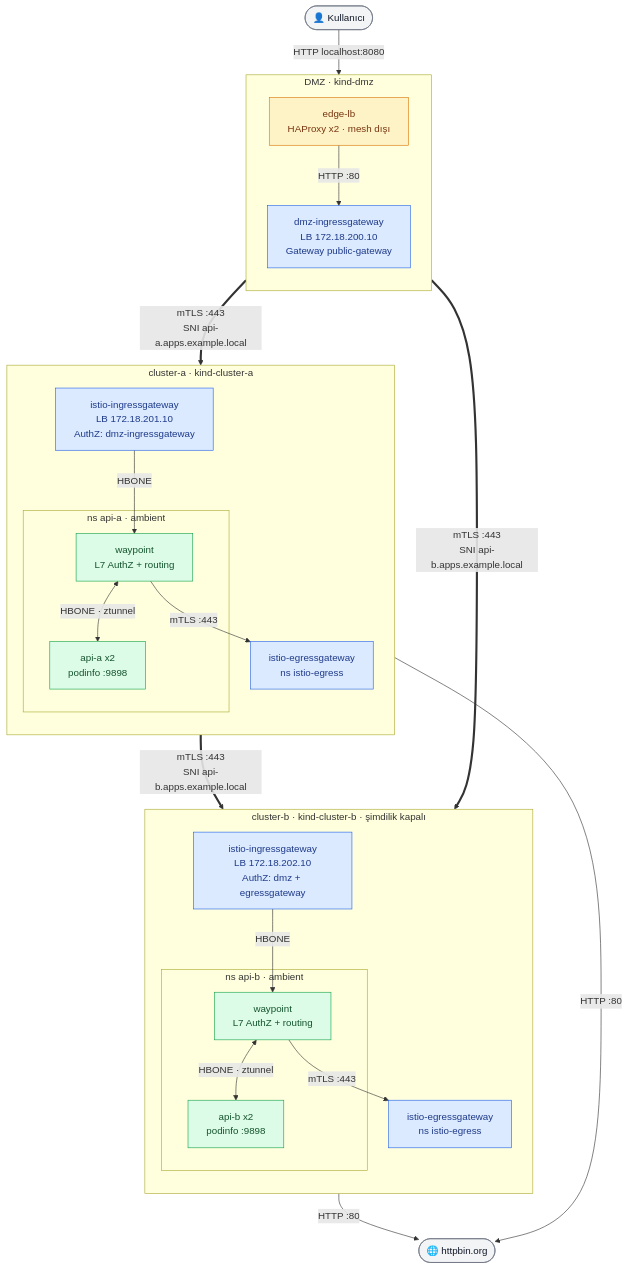
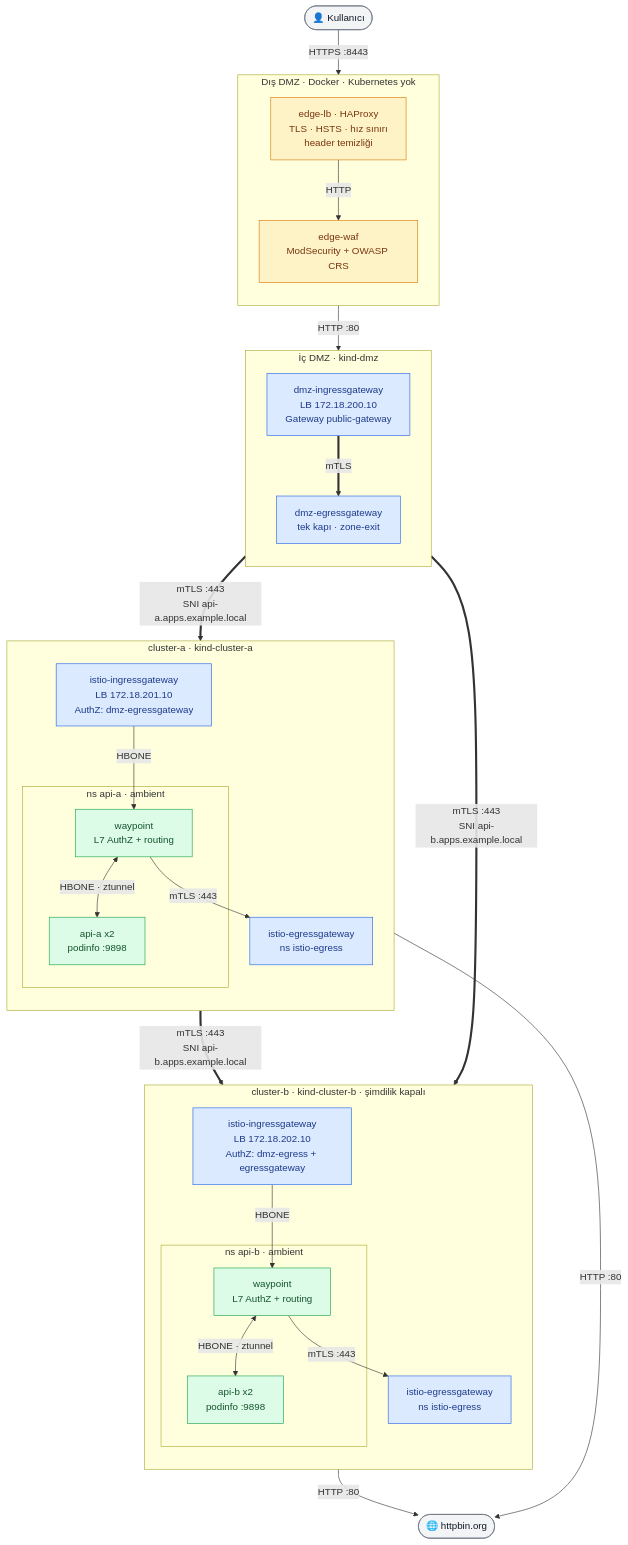
The third of 10 diagrams in README.md (olgunyldz/service-mesh-lab), drawn with Mermaid before and after one commit. The commit also changed other lines of this file and 26 other files, not shown here.

First line of the commit message:
Zone'lar: edge Kubernetes dışında (HAProxy + WAF), TLS, DMZ egress ile tek kapı

````diff
--- a/README.md
+++ b/README.md
@@ -102,54 +120,62 @@
 ```mermaid
 flowchart TB
     user(["👤 Kullanıcı"])
     internet(["🌐 httpbin.org"])
 
-    subgraph DMZ["DMZ · kind-dmz"]
+    subgraph EDGE["Dış DMZ · Docker · Kubernetes yok"]
         direction TB
-        haproxy["edge-lb<br/>HAProxy x2 · mesh dışı"]
+        haproxy["edge-lb · HAProxy<br/>TLS · HSTS · hız sınırı<br/>header temizliği"]
+        waf["edge-waf<br/>ModSecurity + OWASP CRS"]
+        haproxy -->|"HTTP"| waf
+    end
+
+    subgraph DMZ["İç DMZ · kind-dmz"]
+        direction TB
         dmzgw["dmz-ingressgateway<br/>LB 172.18.200.10<br/>Gateway public-gateway"]
-        haproxy -->|"HTTP :80"| dmzgw
+        dmzeg["dmz-egressgateway<br/>tek kapı · zone-exit"]
+        dmzgw ==>|"mTLS"| dmzeg
     end
 
     subgraph A["cluster-a · kind-cluster-a"]
         direction TB
-        agw["istio-ingressgateway<br/>LB 172.18.201.10<br/>AuthZ: dmz-ingressgateway"]
+        agw["istio-ingressgateway<br/>LB 172.18.201.10<br/>AuthZ: dmz-egressgateway"]
         subgraph nsa["ns api-a · ambient"]
             awp["waypoint<br/>L7 AuthZ + routing"]
             aapi["api-a x2<br/>podinfo :9898"]
         end
         aeg["istio-egressgateway<br/>ns istio-egress"]
         agw -->|"HBONE"| awp
         awp <-->|"HBONE · ztunnel"| aapi
         awp -->|"mTLS :443"| aeg
     end
 
     subgraph B["cluster-b · kind-cluster-b · şimdilik kapalı"]
         direction TB
-        bgw["istio-ingressgateway<br/>LB 172.18.202.10<br/>AuthZ: dmz + egressgateway"]
+        bgw["istio-ingressgateway<br/>LB 172.18.202.10<br/>AuthZ: dmz-egress + egressgateway"]
         subgraph nsb["ns api-b · ambient"]
             bwp["waypoint<br/>L7 AuthZ + routing"]
             bapi["api-b x2<br/>podinfo :9898"]
         end
         beg["istio-egressgateway<br/>ns istio-egress"]
         bgw -->|"HBONE"| bwp
         bwp <-->|"HBONE · ztunnel"| bapi
         bwp -->|"mTLS :443"| beg
     end
 
-    user -->|"HTTP localhost:8080"| haproxy
-    dmzgw ==>|"mTLS :443<br/>SNI api-a.apps.example.local"| agw
-    dmzgw ==>|"mTLS :443<br/>SNI api-b.apps.example.local"| bgw
+    user -->|"HTTPS :8443"| haproxy
+    waf -->|"HTTP :80"| dmzgw
+    dmzeg ==>|"mTLS :443<br/>SNI api-a.apps.example.local"| agw
+    dmzeg ==>|"mTLS :443<br/>SNI api-b.apps.example.local"| bgw
     aeg ==>|"mTLS :443<br/>SNI api-b.apps.example.local"| bgw
     aeg -->|"HTTP :80"| internet
     beg -->|"HTTP :80"| internet
 
     classDef gw fill:#dbeafe,stroke:#2563eb,color:#1e3a8a
     classDef app fill:#dcfce7,stroke:#16a34a,color:#14532d
     classDef edge fill:#fef3c7,stroke:#d97706,color:#78350f
     classDef ext fill:#f3f4f6,stroke:#6b7280,color:#111827
-    class dmzgw,agw,bgw,aeg,beg gw
+    class dmzgw,dmzeg,agw,bgw,aeg,beg gw
     class awp,bwp,aapi,bapi app
-    class haproxy edge
+    class haproxy,waf edge
     class user,internet ext
 ```
````
